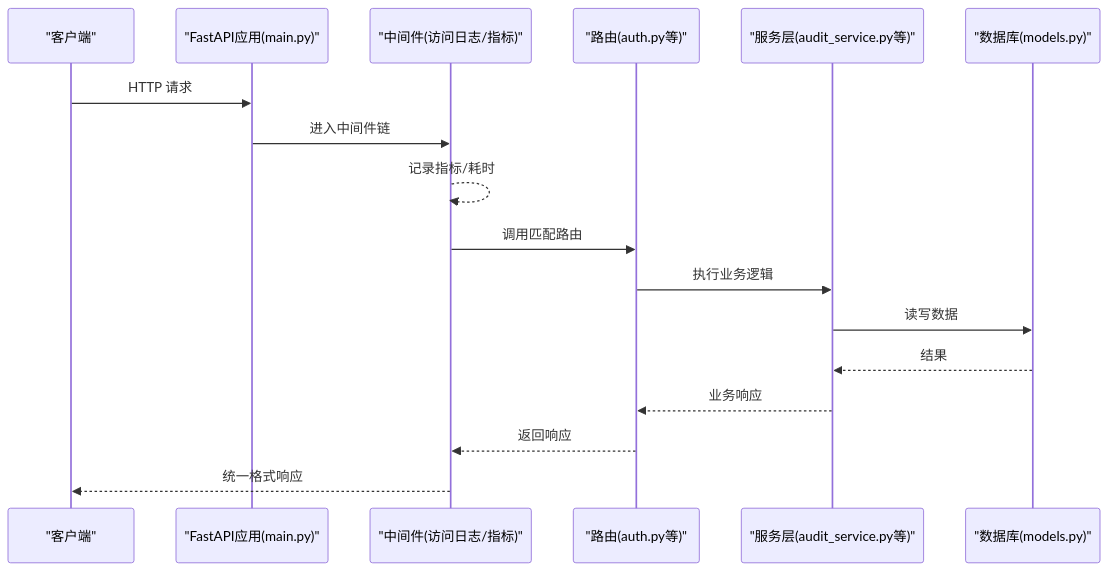
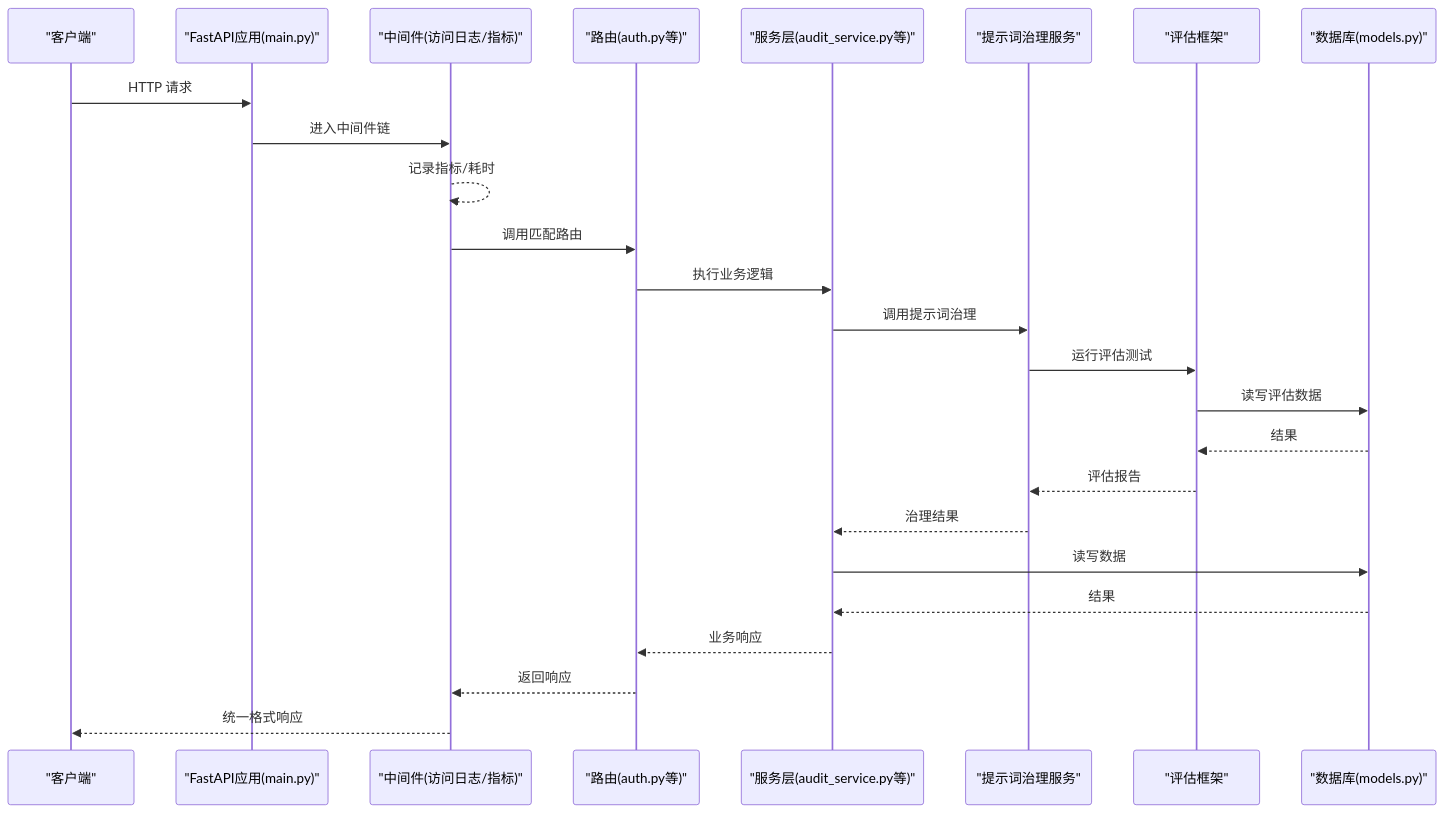
Before and after one commit to songlinhe5-lab/quant_agent: the second of 9 diagrams in .qoder/repowiki/zh/content/后端开发指南/后端开发指南.md, drawn with Mermaid. The commit also changed other lines of this file and 294 other files, not shown here.

````diff
--- a/.qoder/repowiki/zh/content/后端开发指南/后端开发指南.md
+++ b/.qoder/repowiki/zh/content/后端开发指南/后端开发指南.md
@@ -86,19 +124,27 @@
 ```mermaid
 sequenceDiagram
 participant Client as "客户端"
 participant App as "FastAPI应用(main.py)"
 participant MW as "中间件(访问日志/指标)"
 participant Router as "路由(auth.py等)"
 participant Svc as "服务层(audit_service.py等)"
+participant PG as "提示词治理服务"
+participant Eval as "评估框架"
 participant DB as "数据库(models.py)"
 Client->>App : HTTP 请求
 App->>MW : 进入中间件链
 MW-->>MW : 记录指标/耗时
 MW->>Router : 调用匹配路由
 Router->>Svc : 执行业务逻辑
+Svc->>PG : 调用提示词治理
+PG->>Eval : 运行评估测试
+Eval->>DB : 读写评估数据
+DB-->>Eval : 结果
+Eval-->>PG : 评估报告
+PG-->>Svc : 治理结果
 Svc->>DB : 读写数据
 DB-->>Svc : 结果
 Svc-->>Router : 业务响应
 Router-->>MW : 返回响应
 MW-->>Client : 统一格式响应
 ```
````
